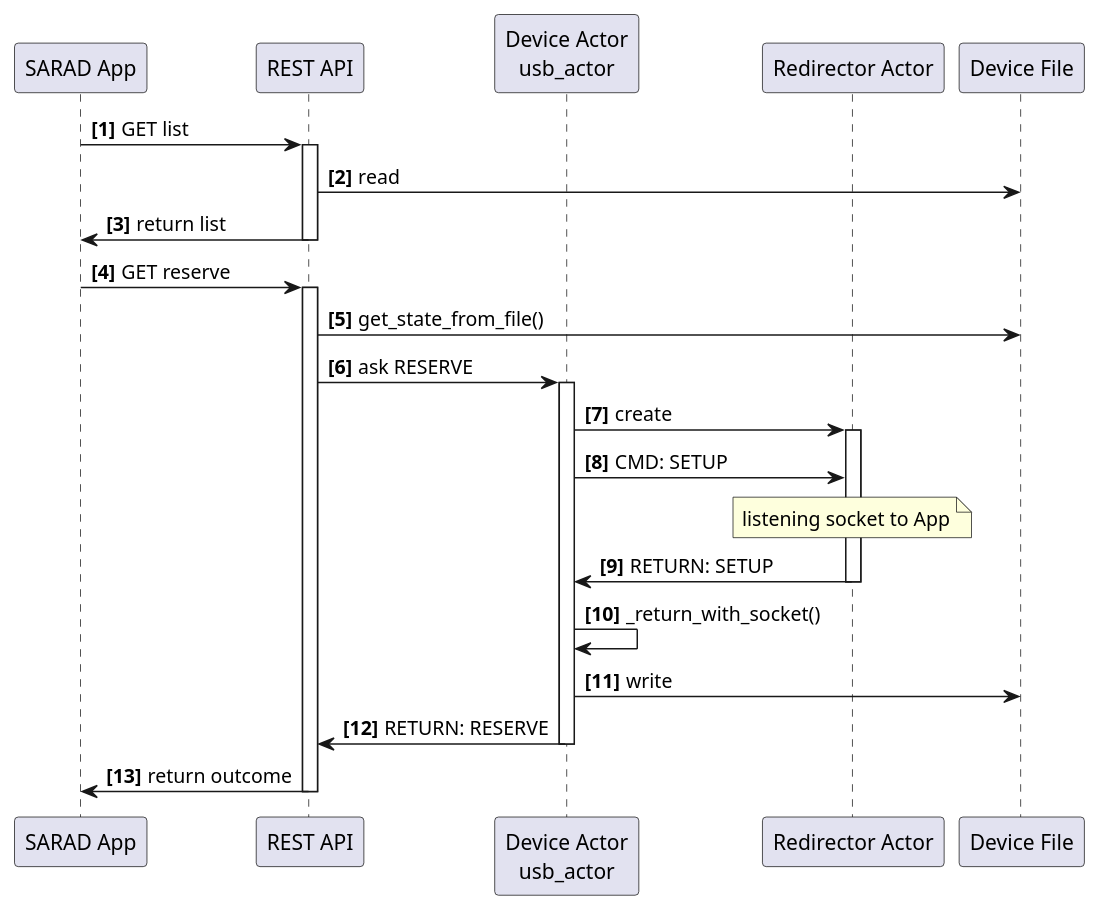
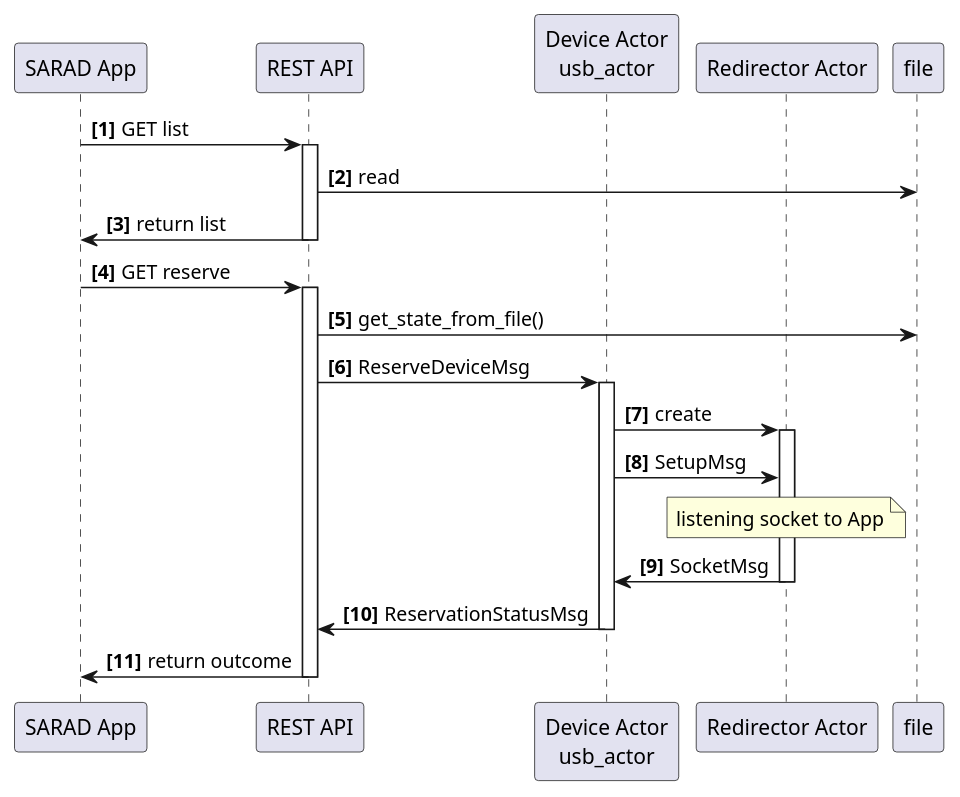
Before and after one commit to SARAD-GmbH/RegServer: the diagram in doc/source/uml-reservation.puml, drawn with PlantUML. The commit also changed 17 other files, not shown here.

```diff
--- a/doc/source/uml-reservation.puml
+++ b/doc/source/uml-reservation.puml
@@ -1,32 +1,29 @@
 @startuml
 autonumber "<b>[0]"
 participant "SARAD App" as app
 participant "REST API" as api
 participant "Device Actor\nusb_actor" as device_actor
 participant "Redirector Actor" as redirector
-participant "Device File" as file
 
 app -> api: GET list
 activate api
         api -> file: read
         api -> app: return list
 deactivate api
 app -> api: GET reserve
 activate api
         api -> file: get_state_from_file()
-        api -> device_actor: ask RESERVE
+        api -> device_actor: ReserveDeviceMsg
         activate device_actor
                 device_actor -> redirector: create
                 activate redirector
-                device_actor -> redirector: CMD: SETUP
+                device_actor -> redirector: SetupMsg
                 note over redirector: listening socket to App
-                redirector -> device_actor: RETURN: SETUP
+                redirector -> device_actor: SocketMsg
                 deactivate redirector
-                device_actor -> device_actor: _return_with_socket()
-                device_actor -> file: write
-                device_actor -> api: RETURN: RESERVE
+                device_actor -> api: ReservationStatusMsg
         deactivate device_actor
         api -> app: return outcome
 deactivate api
 
 @enduml
```
